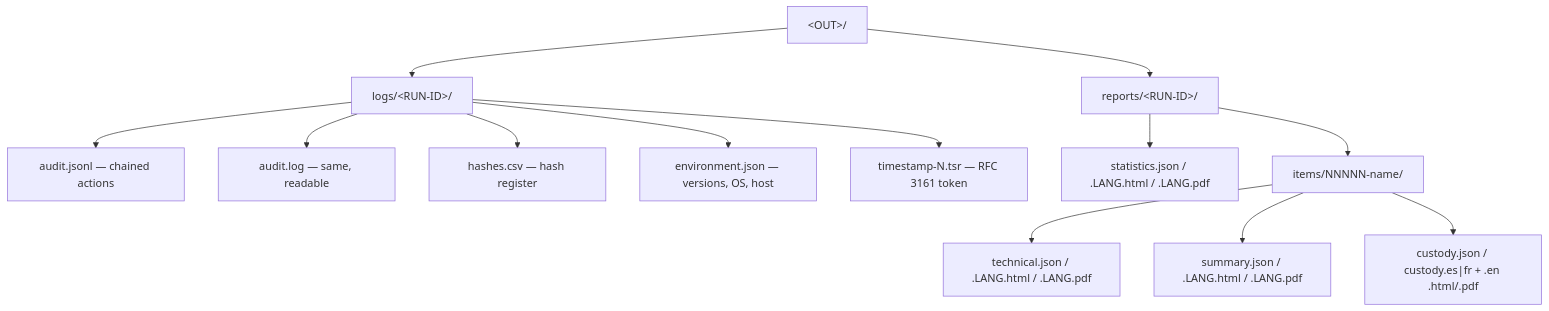
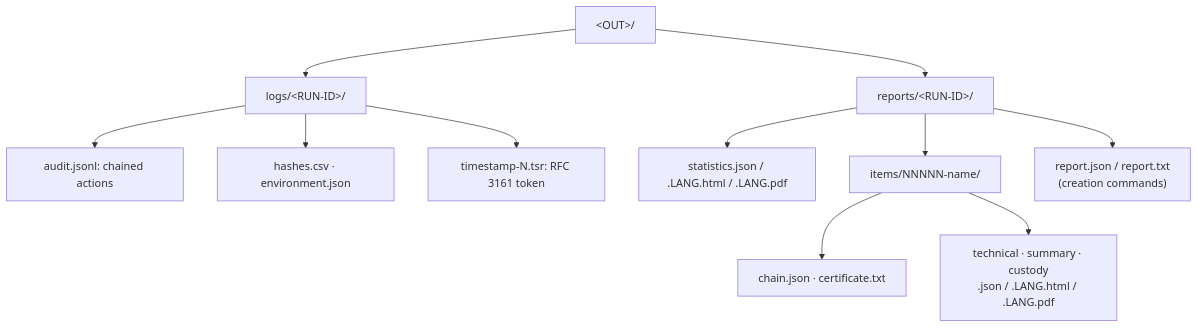
The second of 2 diagrams in README.md (Panacota96/rv-certcheck), drawn with Mermaid before and after one commit. The commit also changed other lines of this file and 1 other file, not shown here.

First line of the commit message:
docs: README and theory of operation for the certificate analyzer and creator

````diff
--- a/README.md
+++ b/README.md
@@ -86,15 +124,13 @@
 ```mermaid
 flowchart TB
     OUT["&lt;OUT&gt;/"] --> LOGS["logs/&lt;RUN-ID&gt;/"]
     OUT --> REP["reports/&lt;RUN-ID&gt;/"]
-    LOGS --> L1["audit.jsonl — chained actions"]
-    LOGS --> L2["audit.log — same, readable"]
-    LOGS --> L3["hashes.csv — hash register"]
-    LOGS --> L4["environment.json — versions, OS, host"]
+    LOGS --> L1["audit.jsonl: chained actions"]
+    LOGS --> L3["hashes.csv · environment.json"]
+    LOGS --> L5["timestamp-N.tsr: RFC 3161 token"]
     REP --> R1["statistics.json / .LANG.html / .LANG.pdf"]
     REP --> IT["items/NNNNN-name/"]
-    IT --> T["technical.json / .LANG.html / .LANG.pdf"]
-    IT --> S["summary.json / .LANG.html / .LANG.pdf"]
-    IT --> K["custody.json / custody.es|fr + .en .html/.pdf"]
-    LOGS --> L5["timestamp-N.tsr — RFC 3161 token"]
+    IT --> CJ["chain.json · certificate.txt"]
+    IT --> T["technical · summary · custody<br/>.json / .LANG.html / .LANG.pdf"]
+    REP --> CR["report.json / report.txt<br/>(creation commands)"]
 ```
````
